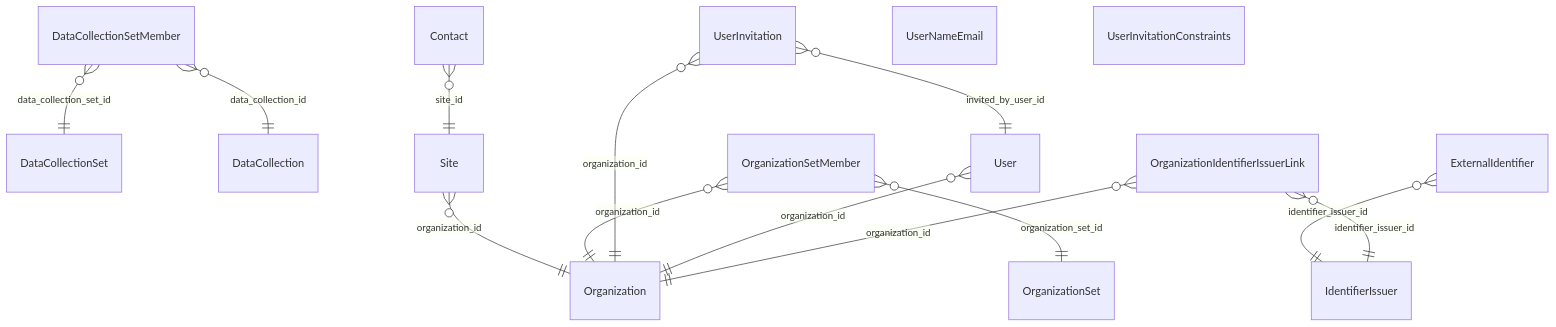
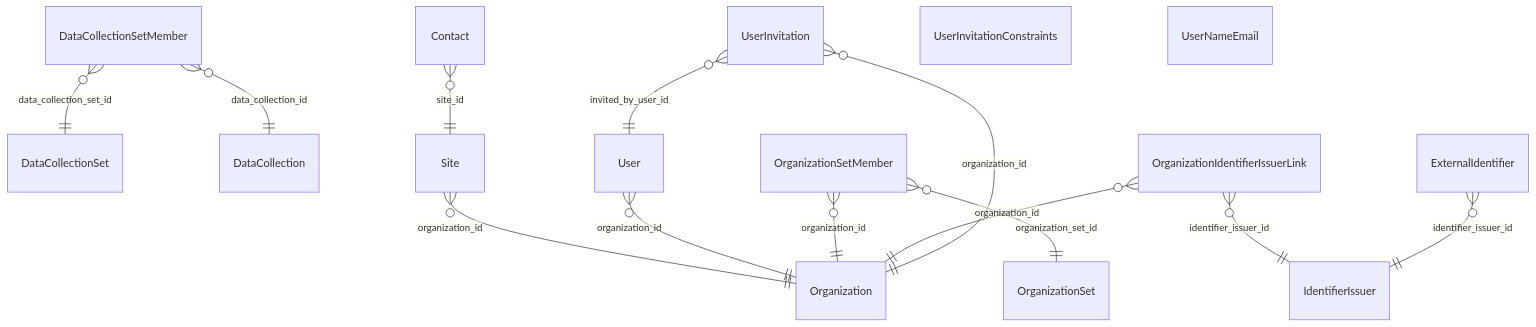
One commit to RIVM-bioinformatics/gen-epix-api changed the diagram in docs/erm/commondb.organization.md. Above: the diagram before and after it, drawn with Mermaid. The commit also changed other lines of this file and 176 other files, not shown here.

````diff
--- a/docs/erm/commondb.organization.md
+++ b/docs/erm/commondb.organization.md
@@ -5,25 +5,25 @@
 ```mermaid
 erDiagram
     %% commondb / ORGANIZATION (simplified)
 
     %% Relationships
     DataCollectionSetMember }o--|| DataCollectionSet : "data_collection_set_id"
     DataCollectionSetMember }o--|| DataCollection : "data_collection_id"
     Site }o--|| Organization : "organization_id"
+    User }o--|| Organization : "organization_id"
     OrganizationSetMember }o--|| OrganizationSet : "organization_set_id"
     OrganizationSetMember }o--|| Organization : "organization_id"
-    ExternalIdentifier }o--|| IdentifierIssuer : "identifier_issuer_id"
+    OrganizationIdentifierIssuerLink }o--|| Organization : "organization_id"
+    OrganizationIdentifierIssuerLink }o--|| IdentifierIssuer : "identifier_issuer_id"
     UserInvitation }o--|| Organization : "organization_id"
     UserInvitation }o--|| User : "invited_by_user_id"
-    User }o--|| Organization : "organization_id"
     Contact }o--|| Site : "site_id"
-    OrganizationIdentifierIssuerLink }o--|| Organization : "organization_id"
-    OrganizationIdentifierIssuerLink }o--|| IdentifierIssuer : "identifier_issuer_id"
+    ExternalIdentifier }o--|| IdentifierIssuer : "identifier_issuer_id"
+
+    UserInvitationConstraints {
+    }
 
     UserNameEmail {
     }
 
-    UserInvitationConstraints {
-    }
-
 ```
````
